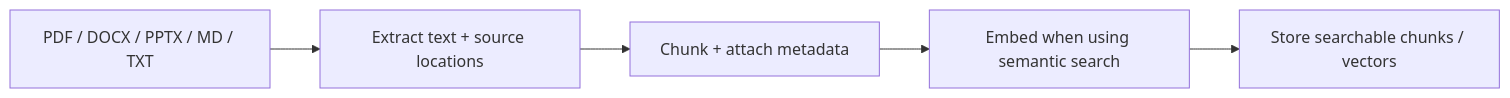
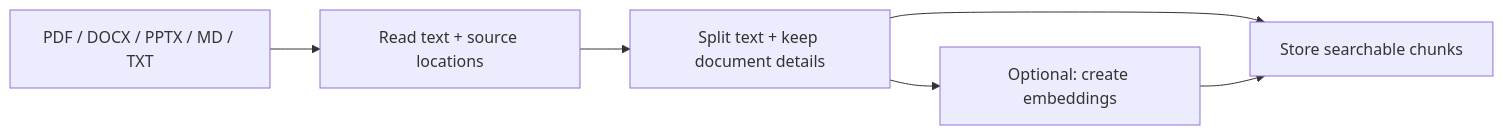
One commit to TrainWithShubham/agentic-ai-for-devops changed the first of 2 diagrams in module-3/README.md. Above: the diagram before and after it, drawn with Mermaid. The commit also changed other lines of this file and 28 other files, not shown here.

````diff
--- a/module-3/README.md
+++ b/module-3/README.md
@@ -9,7 +11,8 @@
 ```mermaid
 flowchart LR
-    Docs[PDF / DOCX / PPTX / MD / TXT] --> Extract[Extract text + source locations]
-    Extract --> Chunk[Chunk + attach metadata]
-    Chunk --> Embed[Embed when using semantic search]
-    Embed --> Index[Store searchable chunks / vectors]
+    Docs[PDF / DOCX / PPTX / MD / TXT] --> Extract[Read text + source locations]
+    Extract --> Chunk[Split text + keep document details]
+    Chunk --> Index[Store searchable chunks]
+    Chunk --> Embed[Optional: create embeddings]
+    Embed --> Index
 ```
````
